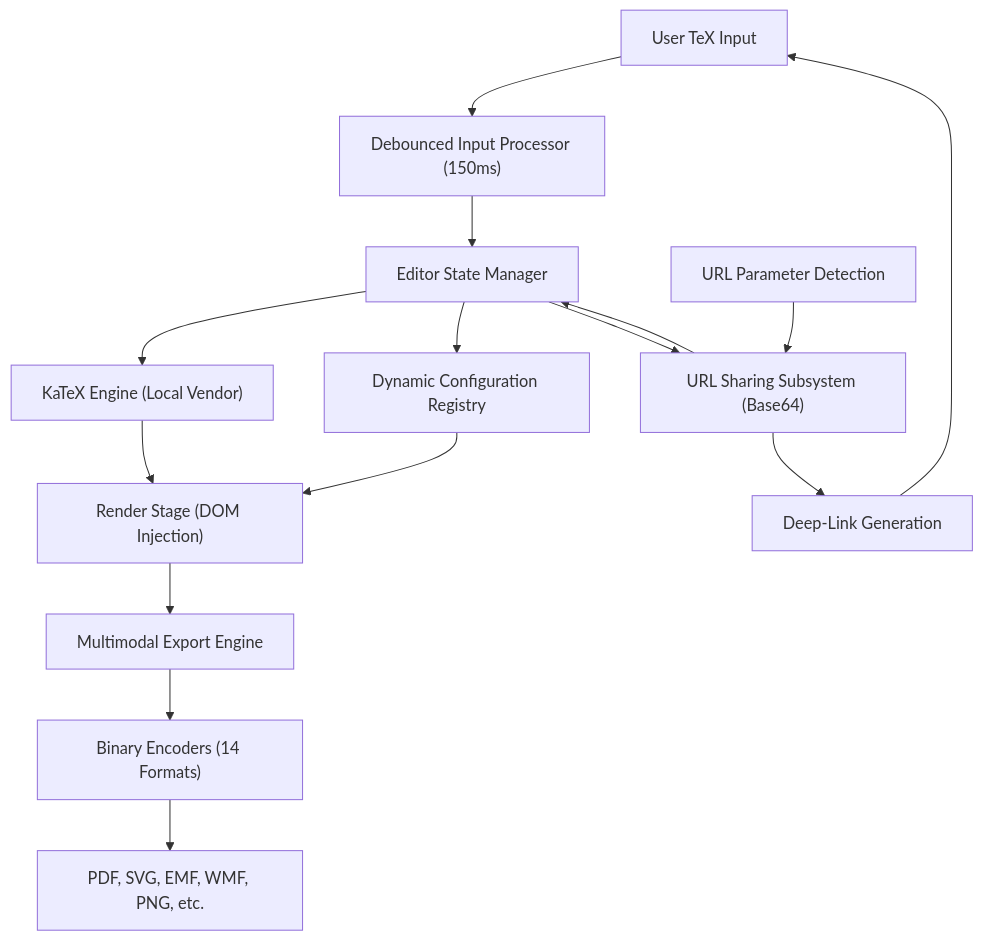
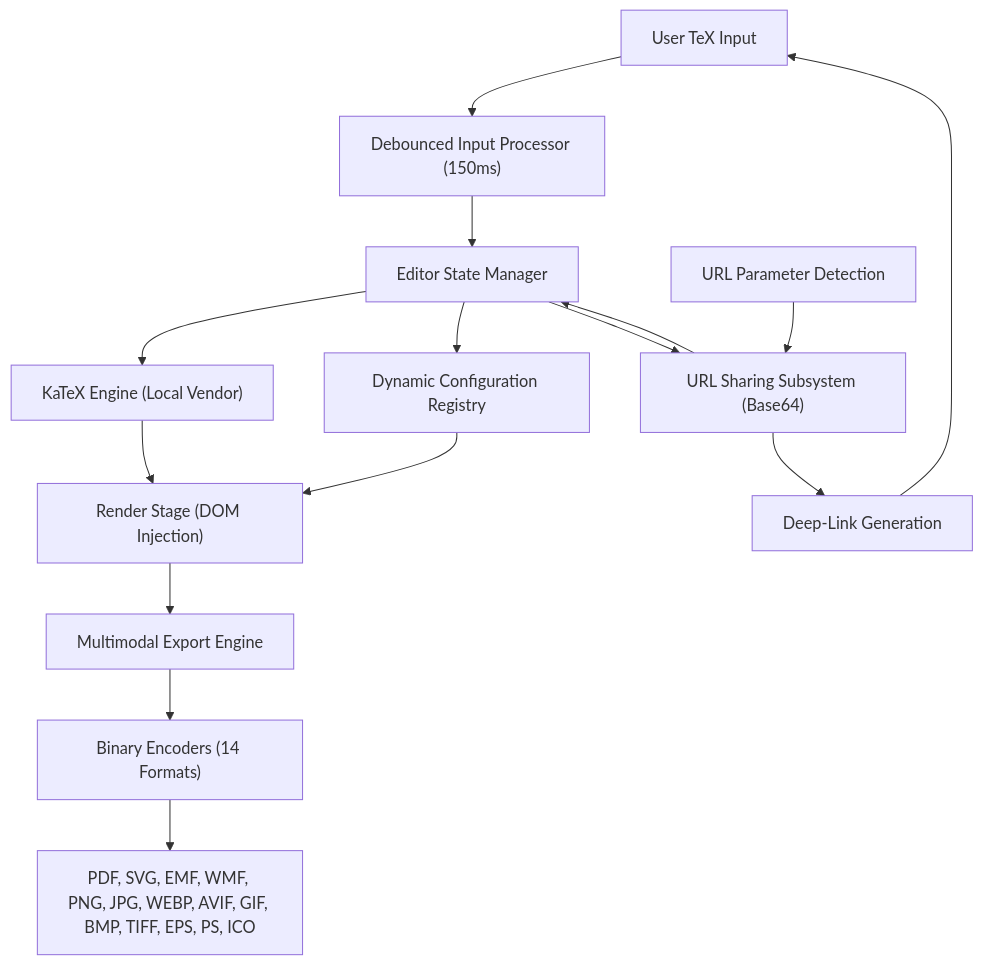
Before and after one commit to Amey-Thakur/LATEXRENDER: the diagram in docs/SPECIFICATION.md, drawn with Mermaid.

Commit message:
LaTeX render

````diff
--- a/docs/SPECIFICATION.md
+++ b/docs/SPECIFICATION.md
@@ -9,17 +9,17 @@
 ```mermaid
 graph TD
     User["User TeX Input"] --> Debouncer["Debounced Input Processor (150ms)"]
     Debouncer --> Editor["Editor State Manager"]
     Editor --> KaTeX["KaTeX Engine (Local Vendor)"]
     Editor --> Settings["Dynamic Configuration Registry"]
     Editor --> Share["URL Sharing Subsystem (Base64)"]
     Share --> Link["Deep-Link Generation"]
     KaTeX --> Renderer["Render Stage (DOM Injection)"]
     Settings --> Renderer
     Renderer --> Export["Multimodal Export Engine"]
     Export --> Format["Binary Encoders (14 Formats)"]
-    Format --> Output["PDF, SVG, EMF, WMF, PNG, etc."]
+    Format --> Output["PDF, SVG, EMF, WMF, PNG, JPG, WEBP, AVIF, GIF, BMP, TIFF, EPS, PS, ICO"]
     Link --> User
     URL["URL Parameter Detection"] --> Share
     Share --> Editor
 ```
````
